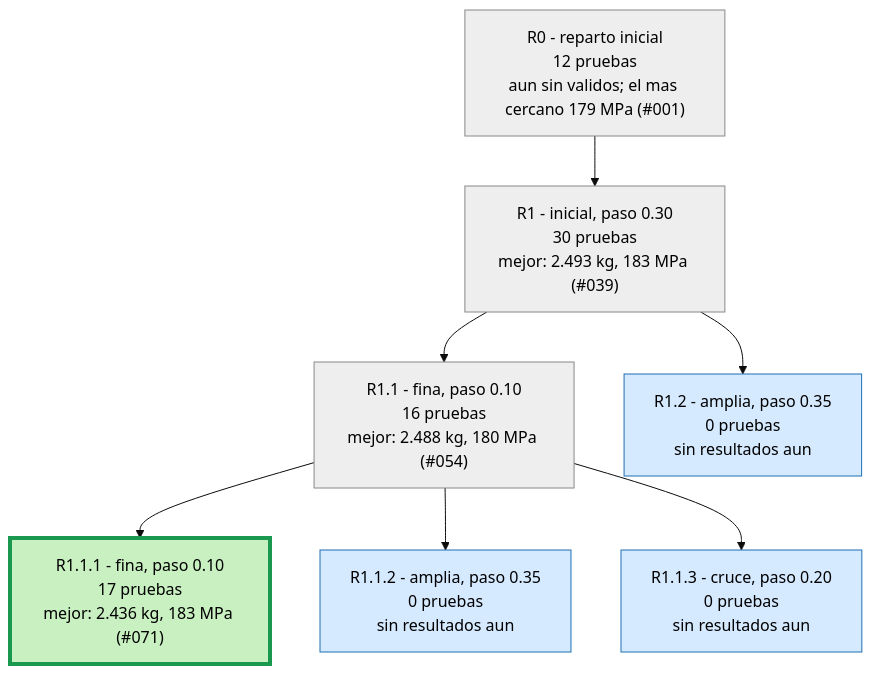
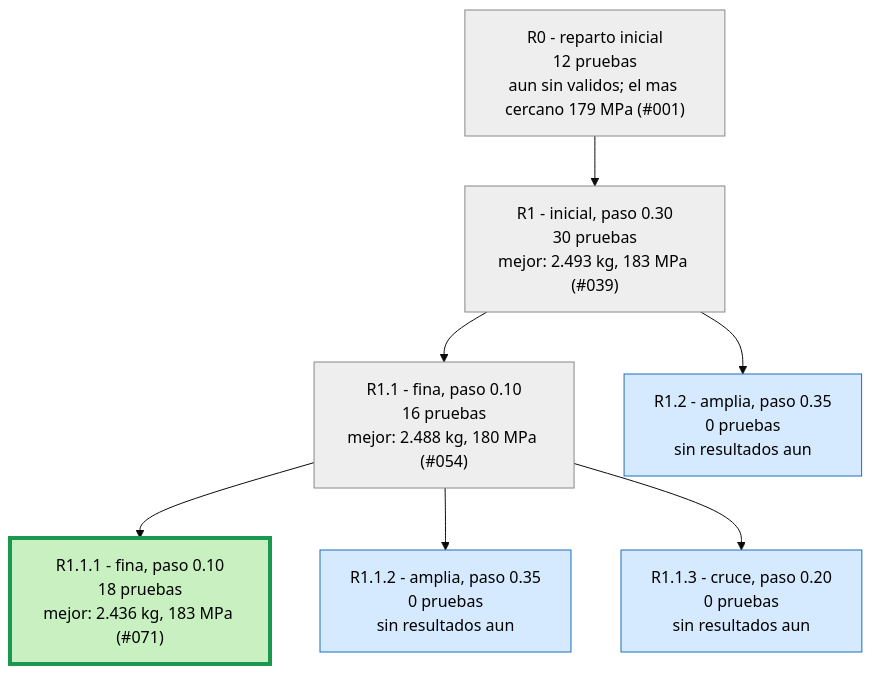
One commit to Hugiko/msd-soporte-optimizacion changed the second of 3 diagrams in runs/opt_37800N/ARBOL.md. Above: the diagram before and after it, drawn with Mermaid (base theme). The commit also changed 19 other files, not shown here.

````diff
--- a/runs/opt_37800N/ARBOL.md
+++ b/runs/opt_37800N/ARBOL.md
@@ -25,19 +25,19 @@
 ```mermaid
 graph TD
 classDef activa fill:#d6eaff,stroke:#1f6fb5,color:#000
 classDef fin fill:#eeeeee,stroke:#888,color:#000
 classDef mejor fill:#c8f0c0,stroke:#1a9850,stroke-width:4px,color:#000
 R0["R0 - reparto inicial<br/>12 pruebas<br/>aun sin validos; el mas cercano 179 MPa (#001)"]:::fin
 R1["R1 - inicial, paso 0.30<br/>30 pruebas<br/>mejor: 2.493 kg, 183 MPa (#039)"]:::fin
 R0 --> R1
 R1_1["R1.1 - fina, paso 0.10<br/>16 pruebas<br/>mejor: 2.488 kg, 180 MPa (#054)"]:::fin
 R1 --> R1_1
 R1_2["R1.2 - amplia, paso 0.35<br/>0 pruebas<br/>sin resultados aun"]:::activa
 R1 --> R1_2
-R1_1_1["R1.1.1 - fina, paso 0.10<br/>17 pruebas<br/>mejor: 2.436 kg, 183 MPa (#071)"]:::mejor
+R1_1_1["R1.1.1 - fina, paso 0.10<br/>18 pruebas<br/>mejor: 2.436 kg, 183 MPa (#071)"]:::mejor
 R1_1 --> R1_1_1
 R1_1_2["R1.1.2 - amplia, paso 0.35<br/>0 pruebas<br/>sin resultados aun"]:::activa
 R1_1 --> R1_1_2
 R1_1_3["R1.1.3 - cruce, paso 0.20<br/>0 pruebas<br/>sin resultados aun"]:::activa
 R1_1 --> R1_1_3
 ```
````
